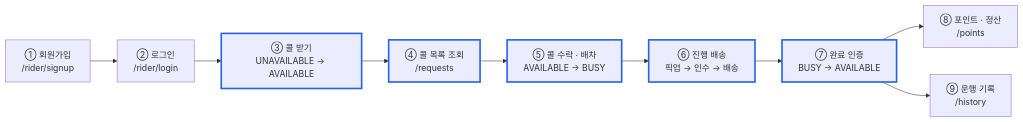
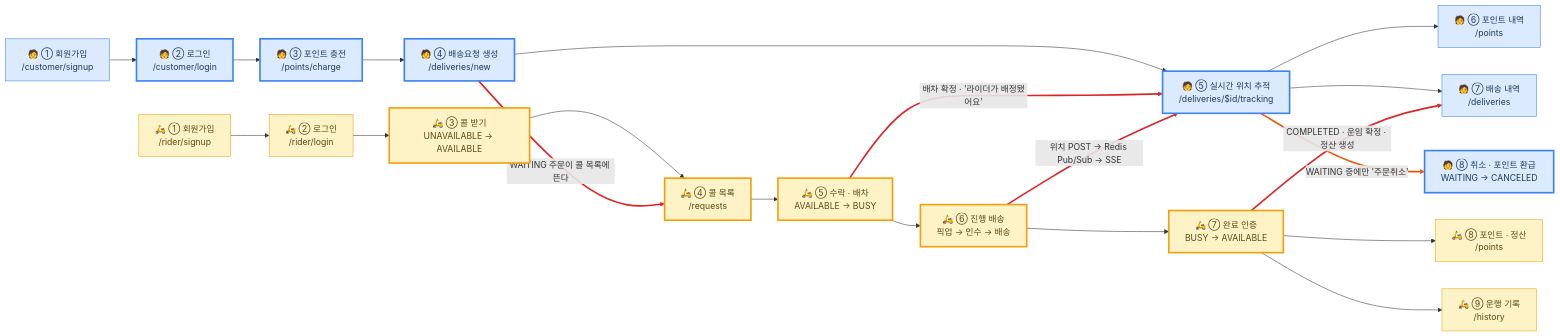
Before and after one commit to softeerbootcamp-8th/WEB-Team7-Turkey: the first of 2 diagrams in docs/06-user-flow.md, drawn with Mermaid. The commit also changed other lines of this file, not shown here.

````diff
--- a/docs/06-user-flow.md
+++ b/docs/06-user-flow.md
@@ -49,25 +29,36 @@
 ```mermaid
 flowchart LR
-    R1["① 회원가입<br/>/rider/signup"]
-    R2["② 로그인<br/>/rider/login"]
-    R3["③ 콜 받기<br/>UNAVAILABLE → AVAILABLE"]
-    R4["④ 콜 목록 조회<br/>/requests"]
-    R5["⑤ 콜 수락 · 배차<br/>AVAILABLE → BUSY"]
-    R6["⑥ 진행 배송<br/>픽업 → 인수 → 배송"]
-    R7["⑦ 완료 인증<br/>BUSY → AVAILABLE"]
-    R8["⑧ 포인트 · 정산<br/>/points"]
-    R9["⑨ 운행 기록<br/>/history"]
+    C1["🧑 ① 회원가입<br>/customer/signup"] --> C2["🧑 ② 로그인<br>/customer/login"] --> C3["🧑 ③ 포인트 충전<br>/points/charge"] --> C4["🧑 ④ 배송요청 생성<br>/deliveries/new"] --> C5["🧑 ⑤ 실시간 위치 추적<br>/deliveries/$id/tracking"]
+    C5 --> C6["🧑 ⑥ 포인트 내역<br>/points"]
+    C5 --> C7["🧑 ⑦ 배송 내역<br>/deliveries"]
+    C5 -->|"WAITING 중에만 '주문취소'"| C8["🧑 ⑧ 취소 · 포인트 환급<br>WAITING → CANCELED"]
 
-    R1 --> R2 --> R3 --> R4 --> R5 --> R6 --> R7
-    R7 --> R8
-    R7 --> R9
+    R1["🛵 ① 회원가입<br>/rider/signup"] --> R2["🛵 ② 로그인<br>/rider/login"] --> R3["🛵 ③ 콜 받기<br>UNAVAILABLE → AVAILABLE"] --> R4["🛵 ④ 콜 목록<br>/requests"] --> R5["🛵 ⑤ 수락 · 배차<br>AVAILABLE → BUSY"] --> R6["🛵 ⑥ 진행 배송<br>픽업 → 인수 → 배송"] --> R7["🛵 ⑦ 완료 인증<br>BUSY → AVAILABLE"]
+    R7 --> R8["🛵 ⑧ 포인트 · 정산<br>/points"]
+    R7 --> R9["🛵 ⑨ 운행 기록<br>/history"]
 
+    C4 -->|"WAITING 주문이 콜 목록에 뜬다"| R4
+    R5 -->|"배차 확정 · '라이더가 배정됐어요'"| C5
+    R6 -->|"위치 POST → Redis Pub/Sub → SSE"| C5
+    R7 -->|"COMPLETED · 운임 확정 · 정산 생성"| C7
+
+    click C2 href "https://github.com/softeerbootcamp-8th/WEB-Team7-Turkey/wiki/ADR‐002-Redis-사용" "ADR-002 · 세션을 Redis에 저장"
+    click C3 href "https://github.com/softeerbootcamp-8th/WEB-Team7-Turkey/wiki/TBD-포인트-충전-결제" "TBD · 포인트 충전 / PG 파사드"
+    click C4 href "https://github.com/softeerbootcamp-8th/WEB-Team7-Turkey/wiki/TBD-주문-생성과-포인트-차감" "TBD · 요금 대조 + 포인트 차감 단일 트랜잭션"
+    click C5 href "https://github.com/softeerbootcamp-8th/WEB-Team7-Turkey/wiki/ADR‐010:-위치-전달-방식(SSE)-부하테스트-검증" "ADR-010 · SSE vs Polling"
     click R3 href "https://github.com/softeerbootcamp-8th/WEB-Team7-Turkey/wiki/ADR‐003-라이더-상태와-배송-상태-분리" "ADR-003 · 라이더 상태와 배송 상태 분리"
     click R4 href "https://github.com/softeerbootcamp-8th/WEB-Team7-Turkey/wiki/TBD-배차-위치-검색-방향" "TBD · 주문 GEO 인덱싱 vs MySQL 쿼리"
     click R5 href "https://github.com/softeerbootcamp-8th/WEB-Team7-Turkey/wiki/ADR‐006-배차-동시성-처리" "ADR-006 · 조건부 UPDATE(CAS)"
     click R6 href "https://github.com/softeerbootcamp-8th/WEB-Team7-Turkey/wiki/ADR‐010:-위치-전달-방식(SSE)-부하테스트-검증" "ADR-010 · 위치 전송 · SSE 팬아웃"
     click R7 href "https://github.com/softeerbootcamp-8th/WEB-Team7-Turkey/wiki/TBD-배송-완료와-정산" "TBD · 완료 인증 + 정산 생성 트랜잭션"
+    click C8 href "https://github.com/softeerbootcamp-8th/WEB-Team7-Turkey/wiki/TBD-고객-취소와-환급" "TBD · 취소=환급, 배차 전에만 허용"
 
-    classDef decision stroke:#2563eb,stroke-width:3px
-    class R3,R4,R5,R6,R7 decision
+    classDef cus fill:#dbeafe,stroke:#3b82f6,color:#1e3a5f
+    classDef rid fill:#fef3c7,stroke:#f59e0b,color:#5c4813
+    classDef adr stroke-width:3px
+    class C1,C2,C3,C4,C5,C6,C7,C8 cus
+    class R1,R2,R3,R4,R5,R6,R7,R8,R9 rid
+    class C2,C3,C4,C5,C8,R3,R4,R5,R6,R7 adr
+    linkStyle 15,16,17,18 stroke:#dc2626,stroke-width:3px
+    linkStyle 6 stroke:#ea580c,stroke-width:3px
 ```
````
